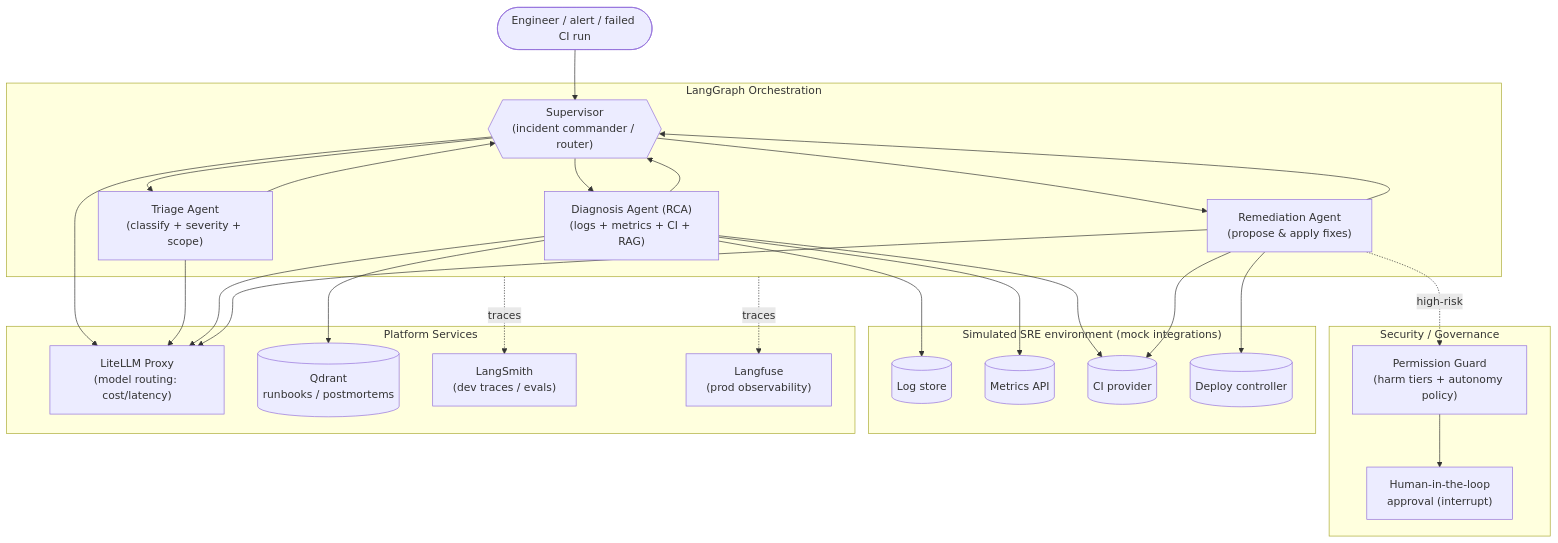
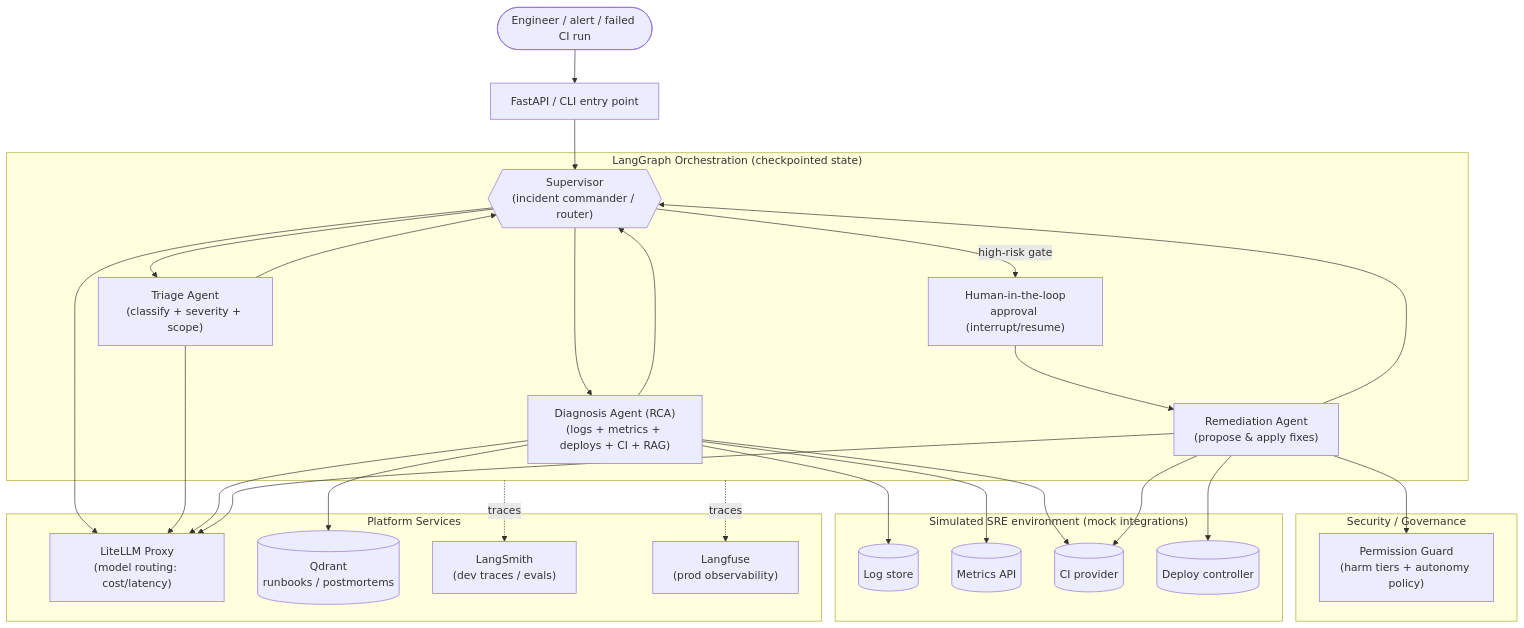
The first of 2 diagrams in README.md (CaioHAndradeLima/SRE-Agents), drawn with Mermaid before and after one commit. The commit also changed other lines of this file and 3 other files, not shown here.

````diff
--- a/README.md
+++ b/README.md
@@ -59,47 +89,41 @@
 ```mermaid
 flowchart TD
-    U([Engineer / alert / failed CI run]) --> SUP
+    U([Engineer / alert / failed CI run]) --> API[FastAPI / CLI entry point]
+    API --> SUP
 
-    subgraph Graph["LangGraph Orchestration"]
+    subgraph Graph["LangGraph Orchestration (checkpointed state)"]
         SUP{{"Supervisor<br/>(incident commander / router)"}}
         TRI["Triage Agent<br/>(classify + severity + scope)"]
-        DIAG["Diagnosis Agent (RCA)<br/>(logs + metrics + CI + RAG)"]
+        DIAG["Diagnosis Agent (RCA)<br/>(logs + metrics + deploys + CI + RAG)"]
         REM["Remediation Agent<br/>(propose & apply fixes)"]
         SUP --> TRI --> SUP
         SUP --> DIAG --> SUP
-        SUP --> REM --> SUP
+        SUP -->|high-risk gate| HITL
+        HITL --> REM --> SUP
     end
 
     subgraph Sec["Security / Governance"]
         PERM["Permission Guard<br/>(harm tiers + autonomy policy)"]
-        HITL["Human-in-the-loop<br/>approval (interrupt)"]
+        HITL["Human-in-the-loop<br/>approval (interrupt/resume)"]
     end
 
     subgraph Env["Simulated SRE environment (mock integrations)"]
         LOGS[("Log store")]
         METRICS[("Metrics API")]
         CI[("CI provider")]
         DEPLOY[("Deploy controller")]
     end
 
     subgraph Infra["Platform Services"]
         GW["LiteLLM Proxy<br/>(model routing: cost/latency)"]
         VDB[("Qdrant<br/>runbooks / postmortems")]
         LS["LangSmith<br/>(dev traces / evals)"]
         LF["Langfuse<br/>(prod observability)"]
     end
 
-    DIAG --> LOGS
-    DIAG --> METRICS
-    DIAG --> CI
-    DIAG --> VDB
-    REM -.high-risk.-> PERM --> HITL
-    REM --> CI
-    REM --> DEPLOY
-    SUP --> GW
-    TRI --> GW
-    DIAG --> GW
-    REM --> GW
-    Graph -. traces .-> LS
-    Graph -. traces .-> LF
+    DIAG --> LOGS & METRICS & CI & VDB
+    REM --> PERM
+    REM --> DEPLOY & CI
+    SUP & TRI & DIAG & REM --> GW
+    Graph -. traces .-> LS & LF
 ```
````
